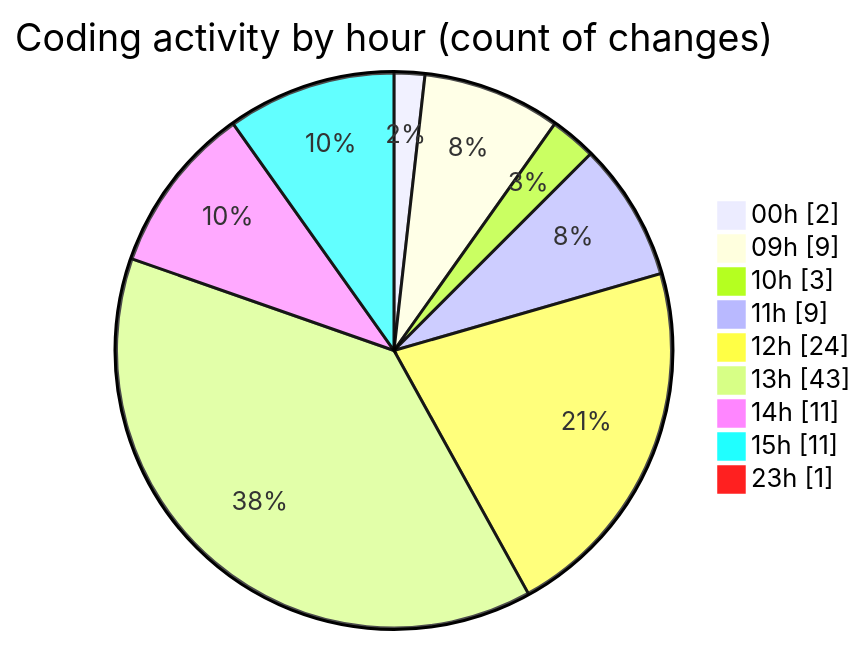
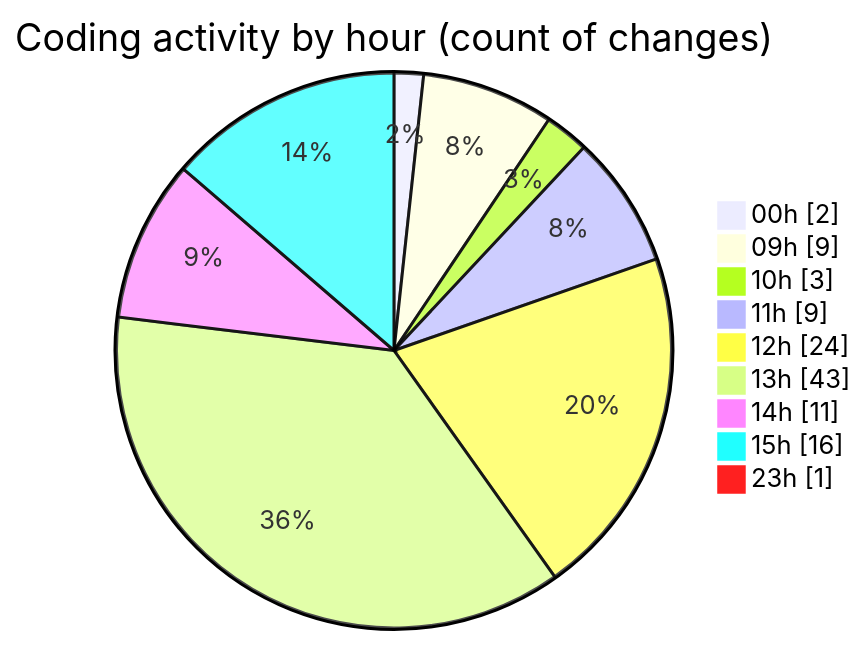
The second of 2 diagrams in 2025-07-29/cda/README.md (momahboobian/code-tracking), drawn with Mermaid before and after one commit. The commit also changed other lines of this file and 1 other file, not shown here.

````diff
--- a/2025-07-29/cda/README.md
+++ b/2025-07-29/cda/README.md
@@ -40,13 +40,13 @@
 ```mermaid
 pie showData
 title Coding activity by hour (count of changes)
 "00h" : 2
 "09h" : 9
 "10h" : 3
 "11h" : 9
 "12h" : 24
 "13h" : 43
 "14h" : 11
-"15h" : 11
+"15h" : 16
 "23h" : 1
 ```
````
